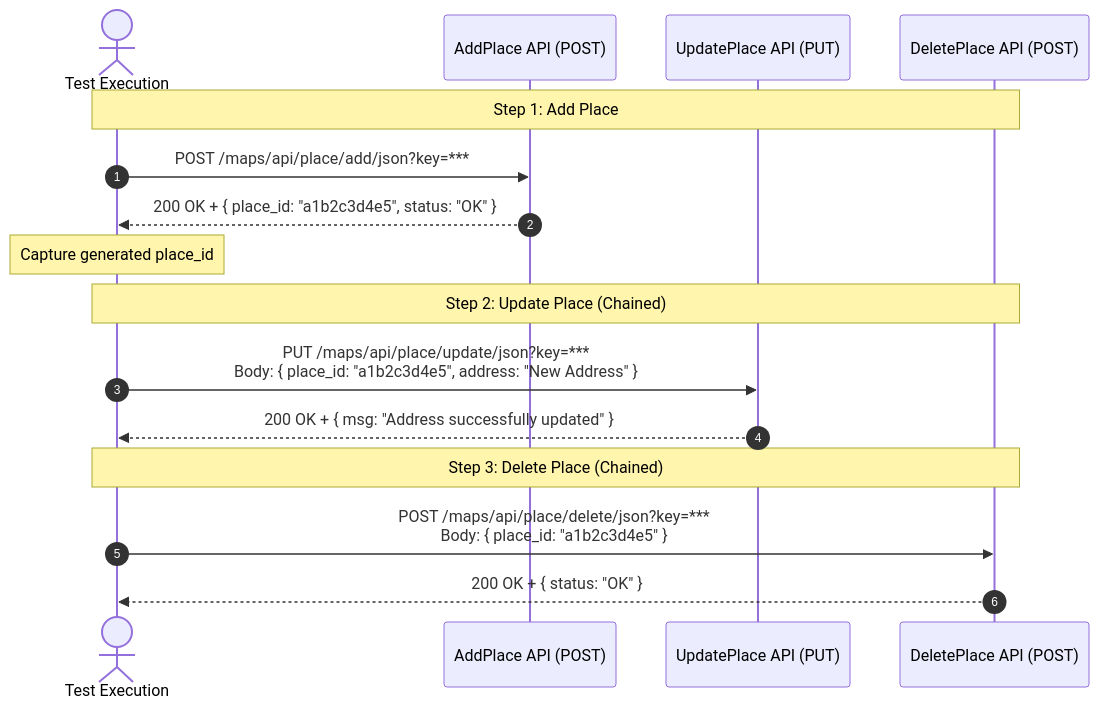
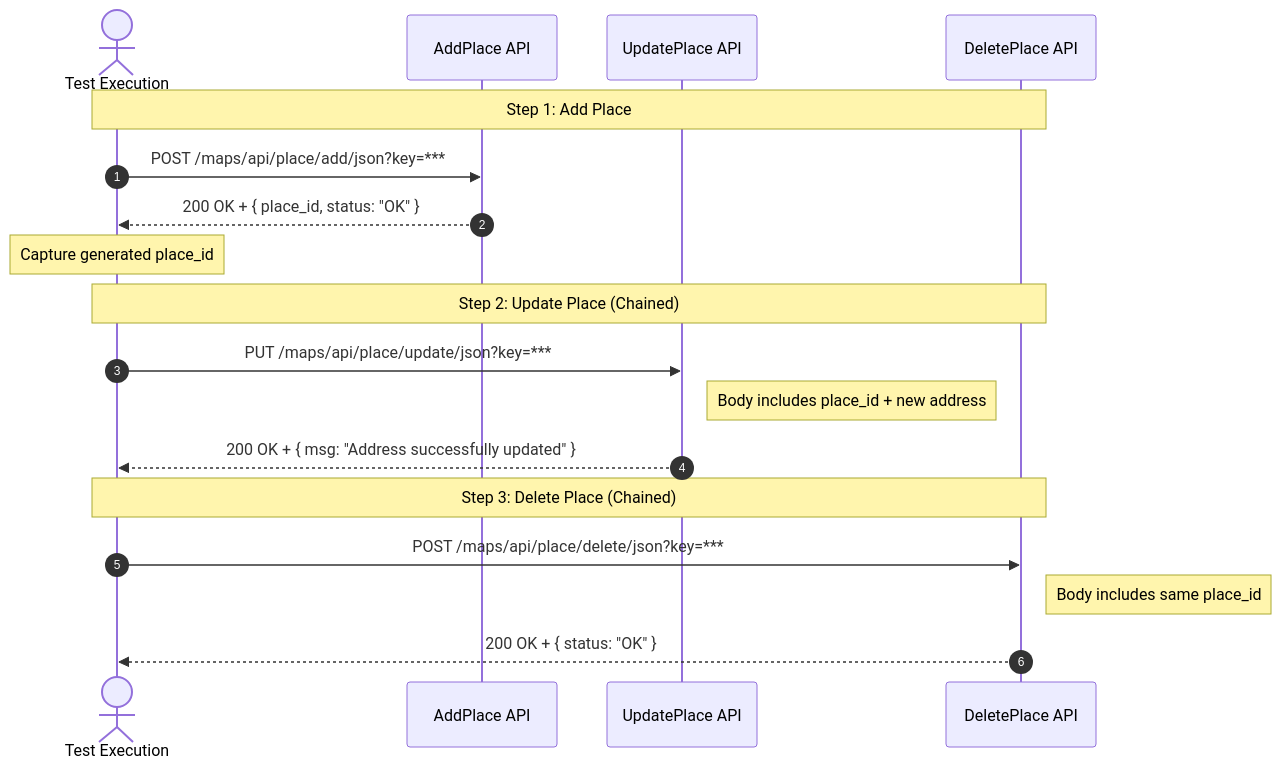
The second of 2 diagrams in README.md (SatyaDevCheekatla/maps-API-playwright), drawn with Mermaid before and after one commit. The commit also changed other lines of this file, not shown here.

Commit message:
Improve README visual flow charts and add dashboard preview asset while preserving current framework documentation

````diff
--- a/README.md
+++ b/README.md
@@ -116,21 +142,23 @@
 ```mermaid
 sequenceDiagram
     autonumber
-    actor Test as Test Execution
-    participant Add as AddPlace API (POST)
-    participant Upd as UpdatePlace API (PUT)
-    participant Del as DeletePlace API (POST)
+    actor Tester as Test Execution
+    participant Add as AddPlace API
+    participant Update as UpdatePlace API
+    participant Delete as DeletePlace API
 
-    Note over Test,Del: Step 1: Add Place
-    Test->>Add: POST /maps/api/place/add/json?key=***
-    Add-->>Test: 200 OK + { place_id: "a1b2c3d4e5", status: "OK" }
-    Note over Test: Capture generated place_id
+    Note over Tester,Delete: Step 1: Add Place
+    Tester->>Add: POST /maps/api/place/add/json?key=***
+    Add-->>Tester: 200 OK + { place_id, status: "OK" }
+    Note over Tester: Capture generated place_id
 
-    Note over Test,Del: Step 2: Update Place (Chained)
-    Test->>Upd: PUT /maps/api/place/update/json?key=***<br/>Body: { place_id: "a1b2c3d4e5", address: "New Address" }
-    Upd-->>Test: 200 OK + { msg: "Address successfully updated" }
+    Note over Tester,Delete: Step 2: Update Place (Chained)
+    Tester->>Update: PUT /maps/api/place/update/json?key=***
+    Note right of Update: Body includes place_id + new address
+    Update-->>Tester: 200 OK + { msg: "Address successfully updated" }
 
-    Note over Test,Del: Step 3: Delete Place (Chained)
-    Test->>Del: POST /maps/api/place/delete/json?key=***<br/>Body: { place_id: "a1b2c3d4e5" }
-    Del-->>Test: 200 OK + { status: "OK" }
+    Note over Tester,Delete: Step 3: Delete Place (Chained)
+    Tester->>Delete: POST /maps/api/place/delete/json?key=***
+    Note right of Delete: Body includes same place_id
+    Delete-->>Tester: 200 OK + { status: "OK" }
 ```
````
